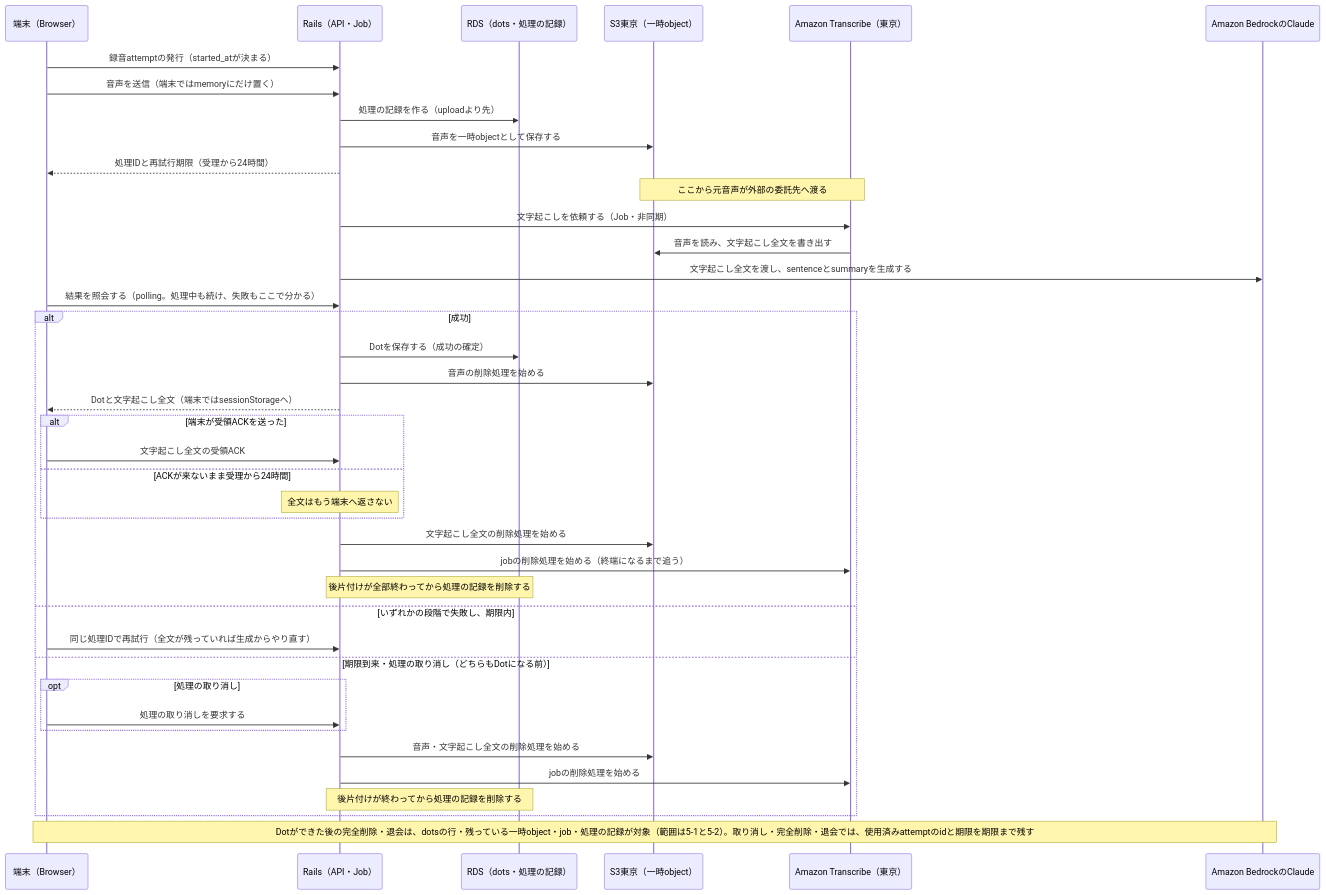
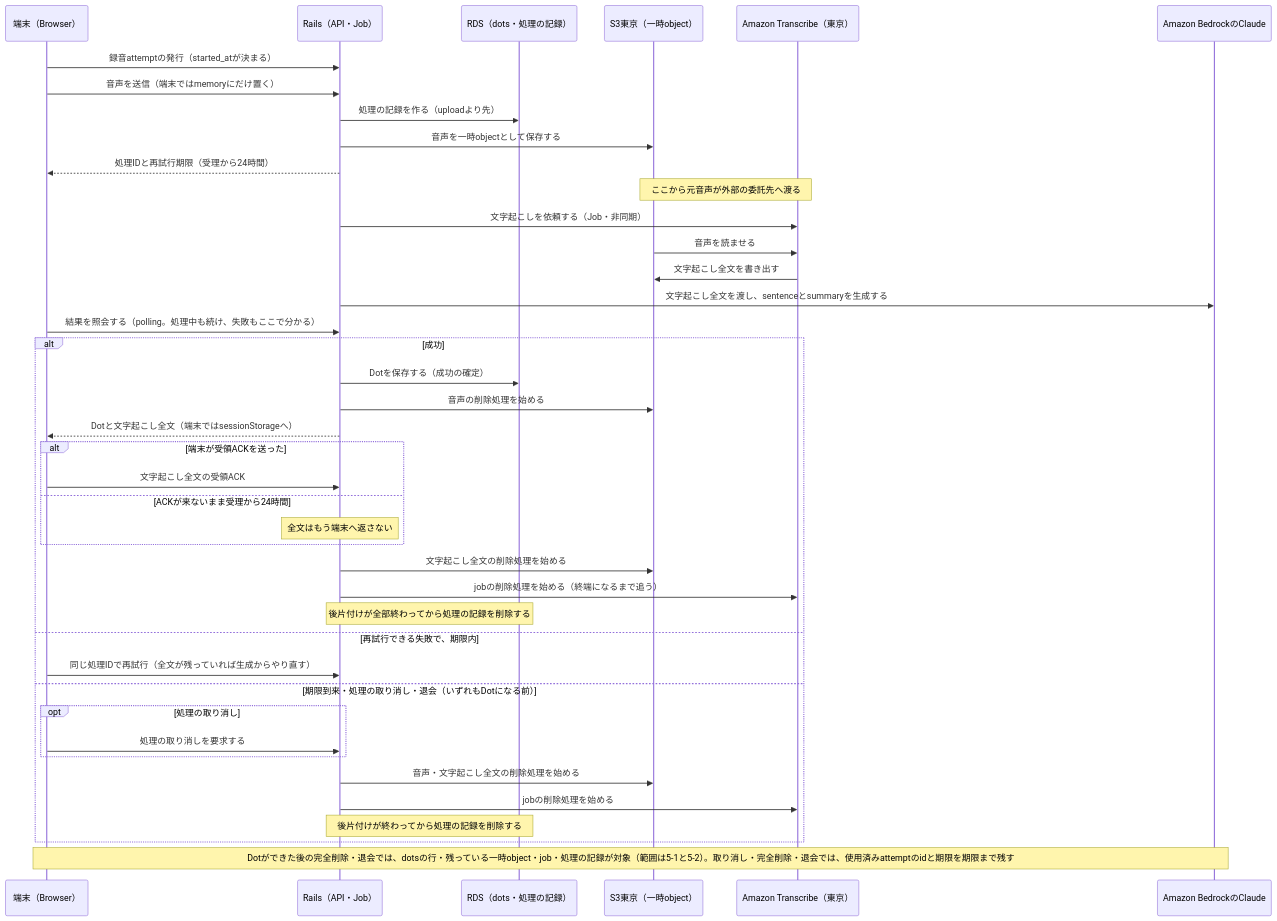
One commit to FujieMasaki/fod-app changed the diagram in docs/privacy.md. Above: the diagram before and after it, drawn with Mermaid. The commit also changed other lines of this file and 1 other file, not shown here.

Commit message:
docs: 図が主な経路だけを示すと明記し、処理中の退会を分岐に含める - Dotになる前の分岐に退会を加え、図の下の案内を「すべての契機を挙げてはいない」と明記して、図に出ていない契機は5-1・5-2を正とした（サブエージェントの指摘） - Transcribeが音声を読む流れと全文を書き出す流れを、別々の矢印にした - 失敗の分岐を「再試行できる失敗で、期限内」にした - dot-history.mdの凡例を、Day・一覧・詳細の間の実線だけが画面の移動だと分かる書き方にし、折り返しを揃えた
Claude-Session: https://claude.ai/code/session_01KTEi7nzin7t41k1wbo4Bbr

````diff
--- a/docs/privacy.md
+++ b/docs/privacy.md
@@ -164,42 +164,43 @@
 ```mermaid
 sequenceDiagram
     participant B as 端末（Browser）
     participant R as Rails（API・Job）
     participant DB as RDS（dots・処理の記録）
     participant S3 as S3東京（一時object）
     participant T as Amazon Transcribe（東京）
     participant AI as Amazon BedrockのClaude
     B->>R: 録音attemptの発行（started_atが決まる）
     B->>R: 音声を送信（端末ではmemoryにだけ置く）
     R->>DB: 処理の記録を作る（uploadより先）
     R->>S3: 音声を一時objectとして保存する
     R-->>B: 処理IDと再試行期限（受理から24時間）
     Note over S3,T: ここから元音声が外部の委託先へ渡る
     R->>T: 文字起こしを依頼する（Job・非同期）
-    T->>S3: 音声を読み、文字起こし全文を書き出す
+    S3->>T: 音声を読ませる
+    T->>S3: 文字起こし全文を書き出す
     R->>AI: 文字起こし全文を渡し、sentenceとsummaryを生成する
     B->>R: 結果を照会する（polling。処理中も続け、失敗もここで分かる）
     alt 成功
         R->>DB: Dotを保存する（成功の確定）
         R->>S3: 音声の削除処理を始める
         R-->>B: Dotと文字起こし全文（端末ではsessionStorageへ）
         alt 端末が受領ACKを送った
             B->>R: 文字起こし全文の受領ACK
         else ACKが来ないまま受理から24時間
             Note over R: 全文はもう端末へ返さない
         end
         R->>S3: 文字起こし全文の削除処理を始める
         R->>T: jobの削除処理を始める（終端になるまで追う）
         Note over R,DB: 後片付けが全部終わってから処理の記録を削除する
-    else いずれかの段階で失敗し、期限内
+    else 再試行できる失敗で、期限内
         B->>R: 同じ処理IDで再試行（全文が残っていれば生成からやり直す）
-    else 期限到来・処理の取り消し（どちらもDotになる前）
+    else 期限到来・処理の取り消し・退会（いずれもDotになる前）
         opt 処理の取り消し
             B->>R: 処理の取り消しを要求する
         end
         R->>S3: 音声・文字起こし全文の削除処理を始める
         R->>T: jobの削除処理を始める
         Note over R,DB: 後片付けが終わってから処理の記録を削除する
     end
-    Note over B,AI: Dotができた後の完全削除・退会は、dotsの行・残っている一時object・job・処理の記録が対象（範囲は5-1と5-2）。取り消し・完全削除・退会では、使用済みattemptのidと期限を期限まで残す
+    Note over B,AI: Dotができた後の完全削除・退会では、dotsの行・残っている一時object・job・処理の記録が対象（範囲は5-1と5-2）。取り消し・完全削除・退会では、使用済みattemptのidと期限を期限まで残す
 ```
````
